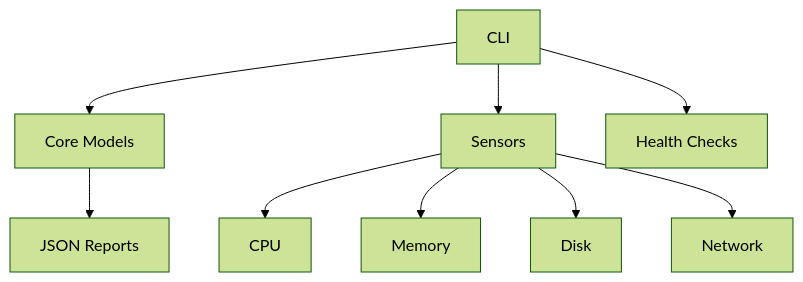
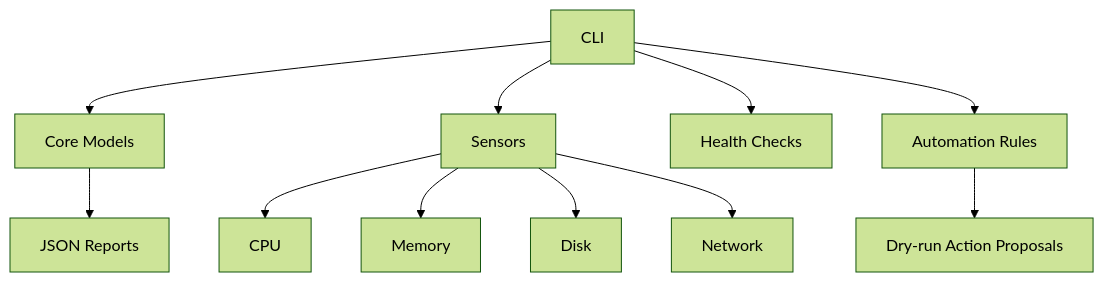
Before and after one commit to UseBrainNoL0ve/nexus: the diagram in README.md, drawn with Mermaid (forest theme). The commit also changed other lines of this file, not shown here.

Commit message:
docs: document automation dry-run workflow

````diff
--- a/README.md
+++ b/README.md
@@ -24,11 +25,13 @@
 ```mermaid
 flowchart TD
     CLI[CLI] --> CORE[Core Models]
     CLI --> SENSORS[Sensors]
     CLI --> DOCTOR[Health Checks]
+    CLI --> RULES[Automation Rules]
     SENSORS --> CPU[CPU]
     SENSORS --> MEM[Memory]
     SENSORS --> DISK[Disk]
     SENSORS --> NET[Network]
+    RULES --> PLAN[Dry-run Action Proposals]
     CORE --> REPORT[JSON Reports]
 ```
````
